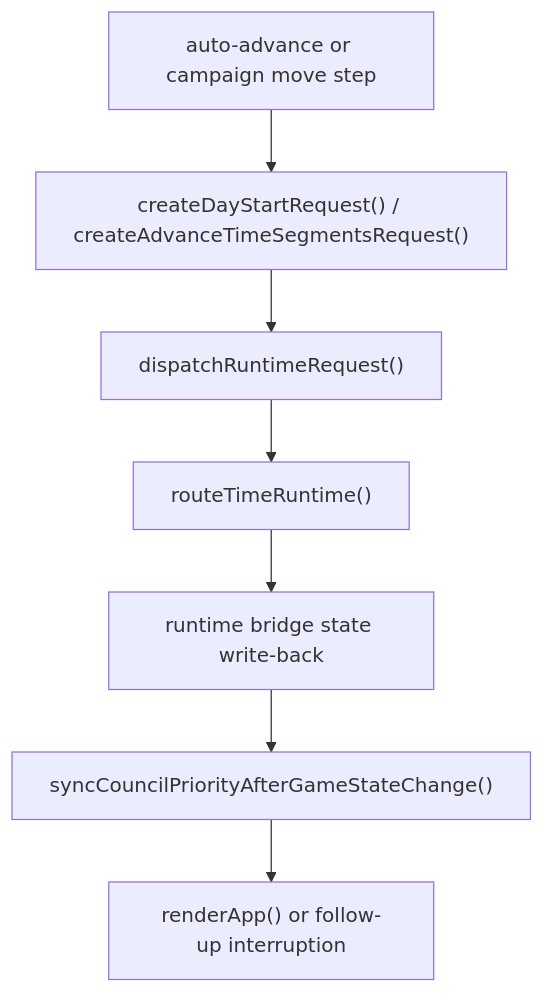
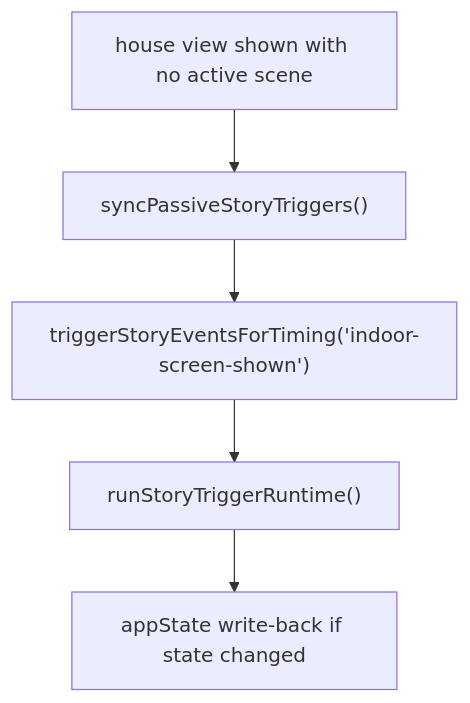
The third of 3 diagrams in docs/superpowers/weekly/2026-07-02-weekly-architecture-report.md (MA141277/RPG_TG), drawn with Mermaid before and after one commit. The commit also changed other lines of this file and 13 other files, not shown here.

Commit message:
converge child 16 story trigger handoff ownership

````diff
--- a/docs/superpowers/weekly/2026-07-02-weekly-architecture-report.md
+++ b/docs/superpowers/weekly/2026-07-02-weekly-architecture-report.md
@@ -88,9 +88,7 @@
 ```mermaid
 flowchart TD
-    A["auto-advance or campaign move step"] --> B["createDayStartRequest() / createAdvanceTimeSegmentsRequest()"]
-    B --> C["dispatchRuntimeRequest()"]
-    C --> D["routeTimeRuntime()"]
-    D --> E["runtime bridge state write-back"]
-    E --> F["syncCouncilPriorityAfterGameStateChange()"]
-    F --> G["renderApp() or follow-up interruption"]
+    A["house view shown with no active scene"] --> B["syncPassiveStoryTriggers()"]
+    B --> C["triggerStoryEventsForTiming('indoor-screen-shown')"]
+    C --> D["runStoryTriggerRuntime()"]
+    D --> E["appState write-back if state changed"]
 ```
````
